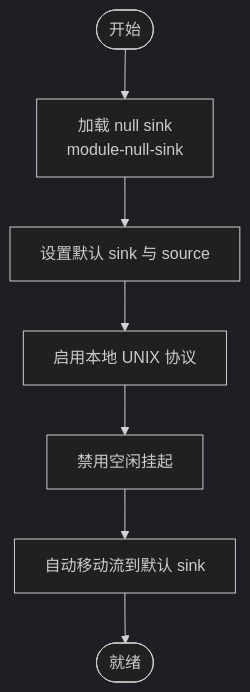
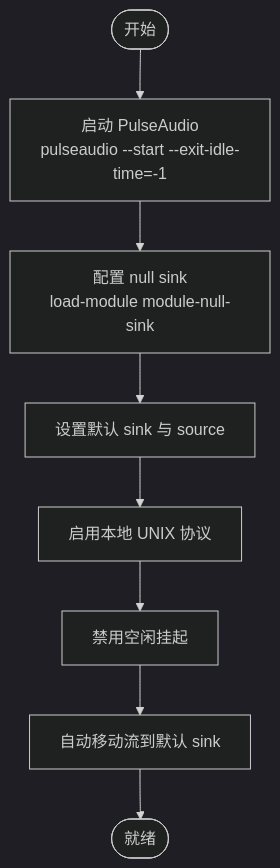
The third of 7 diagrams in .qoder/repowiki/zh/content/部署和运维/环境配置.md (GhoulOwl/Teamspeak3_Bot), drawn with Mermaid (dark theme) before and after one commit. The commit also changed other lines of this file and 6 other files, not shown here.

````diff
--- a/.qoder/repowiki/zh/content/部署和运维/环境配置.md
+++ b/.qoder/repowiki/zh/content/部署和运维/环境配置.md
@@ -156,9 +157,10 @@
 ```mermaid
 flowchart TD
-Start(["开始"]) --> LoadNull["加载 null sink<br/>module-null-sink"]
-LoadNull --> SetDefault["设置默认 sink 与 source"]
+Start(["开始"]) --> LaunchPA["启动 PulseAudio<br/>pulseaudio --start --exit-idle-time=-1"]
+LaunchPA --> Configure["配置 null sink<br/>load-module module-null-sink"]
+Configure --> SetDefault["设置默认 sink 与 source"]
 SetDefault --> LocalProto["启用本地 UNIX 协议"]
 LocalProto --> NoSuspend["禁用空闲挂起"]
 NoSuspend --> AutoMove["自动移动流到默认 sink"]
 AutoMove --> Ready(["就绪"])
 ```
````
